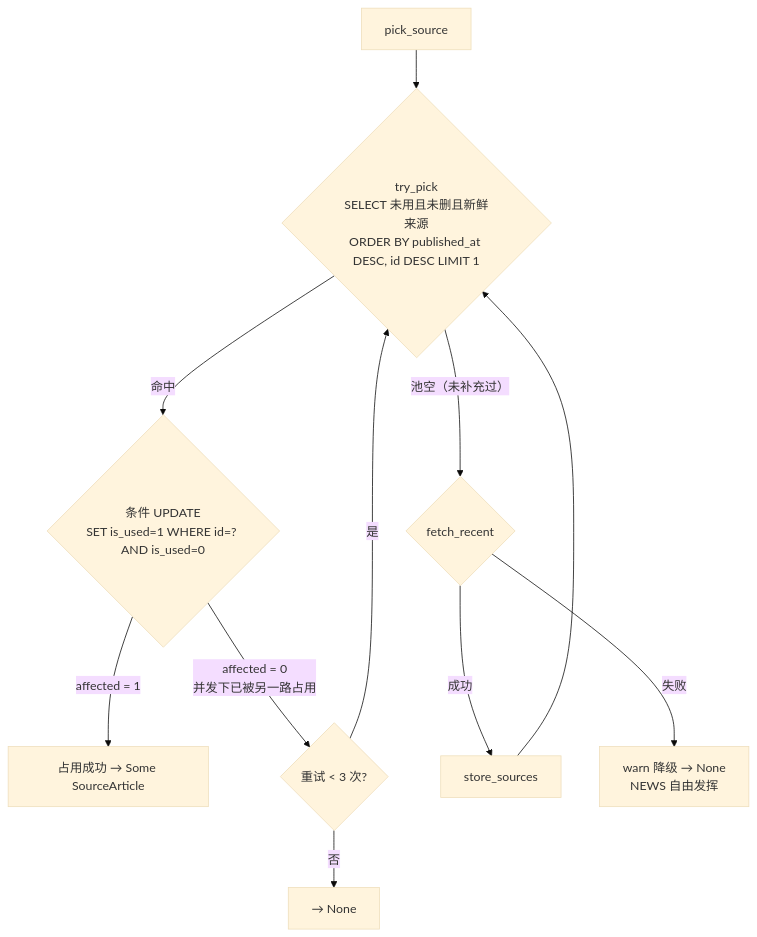
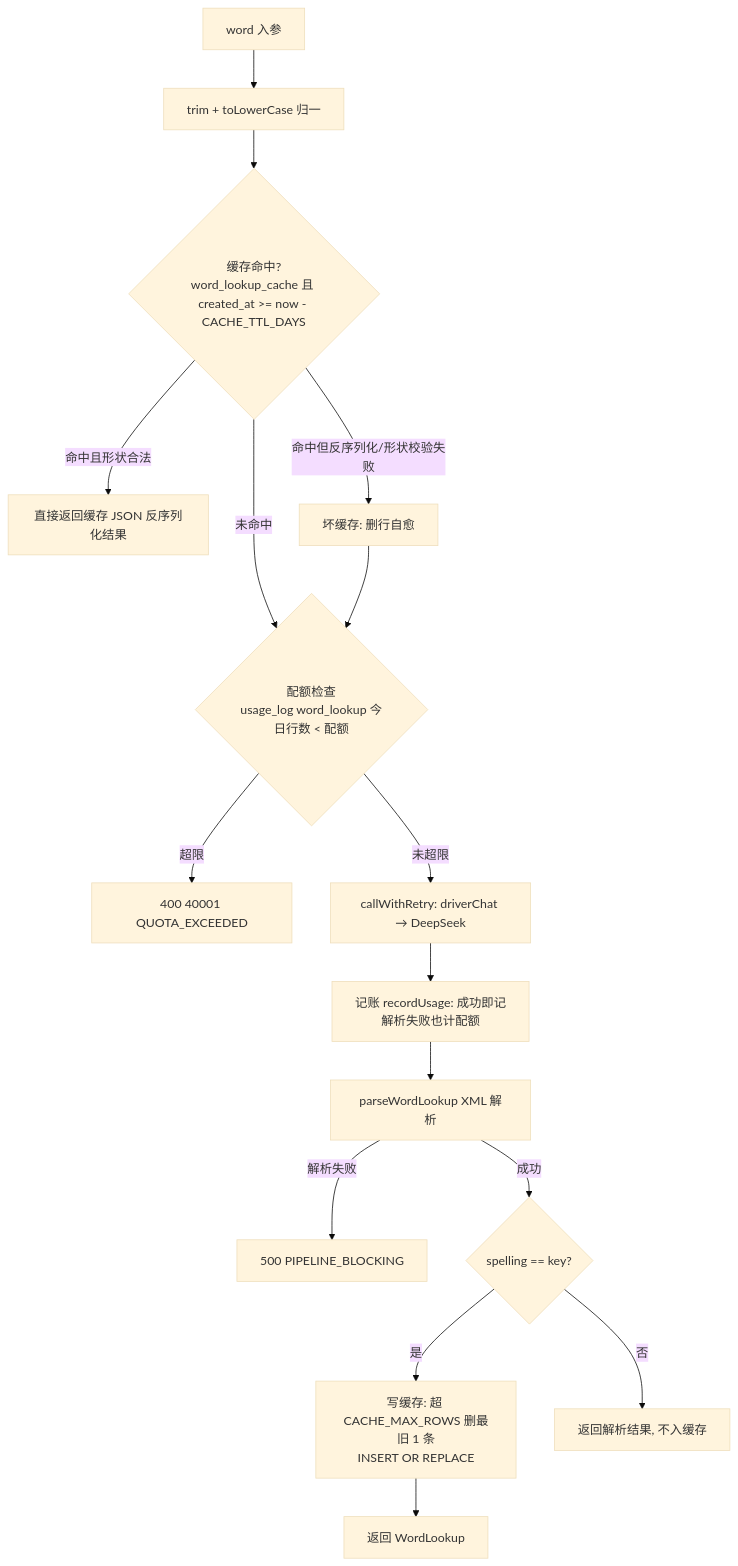
Before and after one commit to kindywu/contexta: the fourth of 4 diagrams in impl/server/docs/architecture.md, drawn with Mermaid (base theme). The commit also changed other lines of this file and 3 other files, not shown here.

````diff
--- a/impl/server/docs/architecture.md
+++ b/impl/server/docs/architecture.md
@@ -231,12 +233,18 @@
 ```mermaid
 flowchart TD
-    A[pick_source] --> B{try_pick<br/>SELECT 未用且未删且新鲜来源<br/>ORDER BY published_at DESC, id DESC LIMIT 1}
-    B -->|命中| C{条件 UPDATE<br/>SET is_used=1 WHERE id=? AND is_used=0}
-    C -->|affected = 1| D[占用成功 → Some SourceArticle]
-    C -->|affected = 0<br/>并发下已被另一路占用| E{重试 < 3 次?}
-    E -->|是| B
-    E -->|否| F[→ None]
-    B -->|池空（未补充过）| G{fetch_recent}
-    G -->|成功| H[store_sources] --> B
-    G -->|失败| I[warn 降级 → None<br/>NEWS 自由发挥]
+    A[word 入参] --> B[trim + toLowerCase 归一]
+    B --> C{缓存命中?<br/>word_lookup_cache 且 created_at >= now - CACHE_TTL_DAYS}
+    C -->|命中且形状合法| R1[直接返回缓存 JSON 反序列化结果]
+    C -->|命中但反序列化/形状校验失败| D[坏缓存: 删行自愈]
+    C -->|未命中| E{配额检查<br/>usage_log word_lookup 今日行数 < 配额}
+    E -->|超限| R2[400 40001 QUOTA_EXCEEDED]
+    E -->|未超限| F[callWithRetry: driverChat → DeepSeek]
+    F --> G[记账 recordUsage: 成功即记<br/>解析失败也计配额]
+    G --> H[parseWordLookup XML 解析]
+    H -->|解析失败| R3[500 PIPELINE_BLOCKING]
+    H -->|成功| I{spelling == key?}
+    I -->|是| J[写缓存: 超 CACHE_MAX_ROWS 删最旧 1 条<br/>INSERT OR REPLACE]
+    I -->|否| R4[返回解析结果, 不入缓存]
+    D --> E
+    J --> R5[返回 WordLookup]
 ```
````
